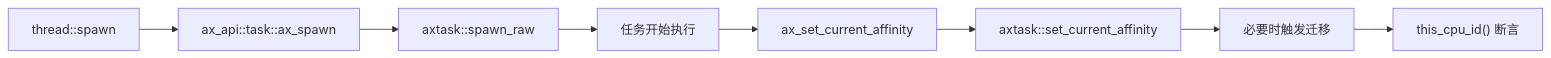
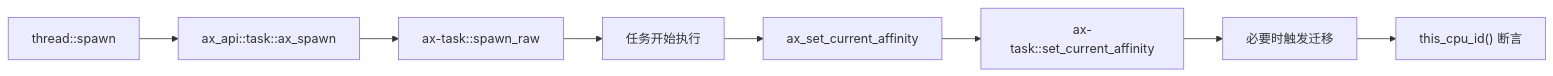
One commit to zKurisu/tgoskits changed the first of 2 diagrams in docs/crates/arceos-affinity.md. Above: the diagram before and after it, drawn with Mermaid. The commit also changed other lines of this file and 133 other files, not shown here.

Commit message:
rename axtask to ax-task

````diff
--- a/docs/crates/arceos-affinity.md
+++ b/docs/crates/arceos-affinity.md
@@ -29,10 +29,10 @@
 ```mermaid
 flowchart LR
     A["thread::spawn"] --> B["ax_api::task::ax_spawn"]
-    B --> C["axtask::spawn_raw"]
+    B --> C["ax-task::spawn_raw"]
     C --> D["任务开始执行"]
     D --> E["ax_set_current_affinity"]
-    E --> F["axtask::set_current_affinity"]
+    E --> F["ax-task::set_current_affinity"]
     F --> G["必要时触发迁移"]
     G --> H["this_cpu_id() 断言"]
 ```
````
